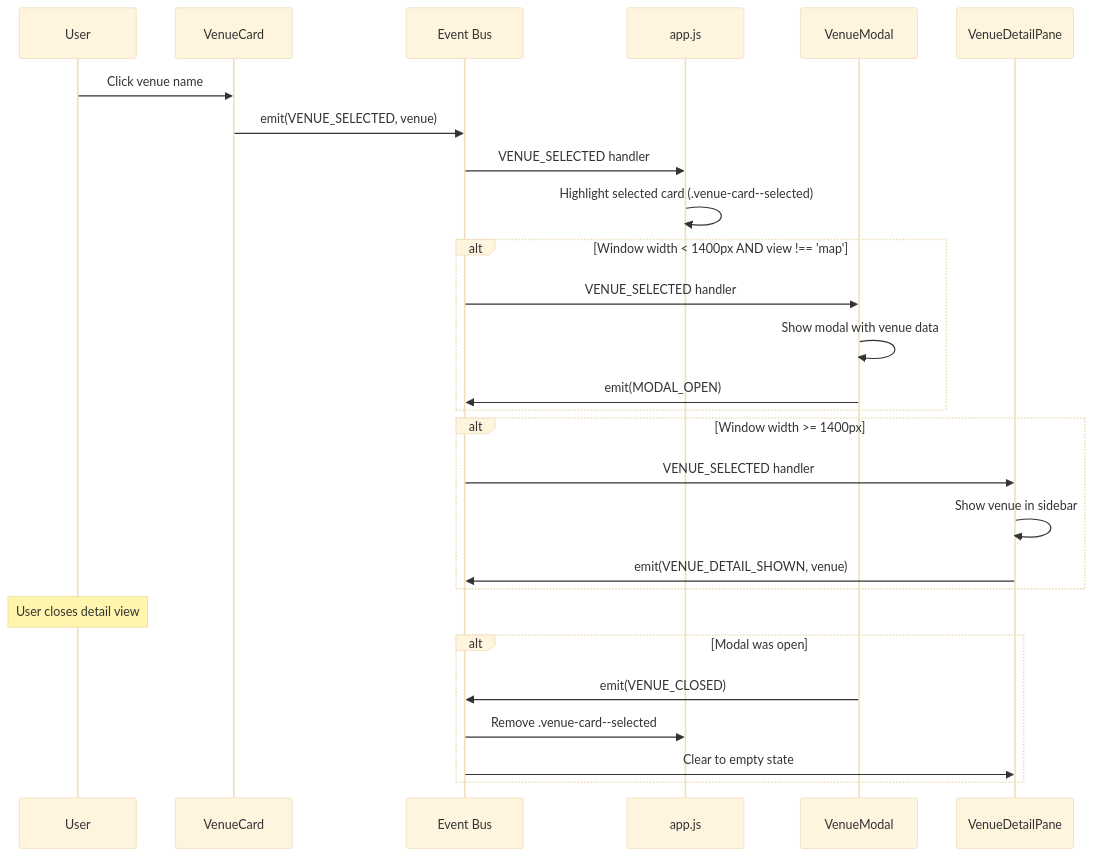
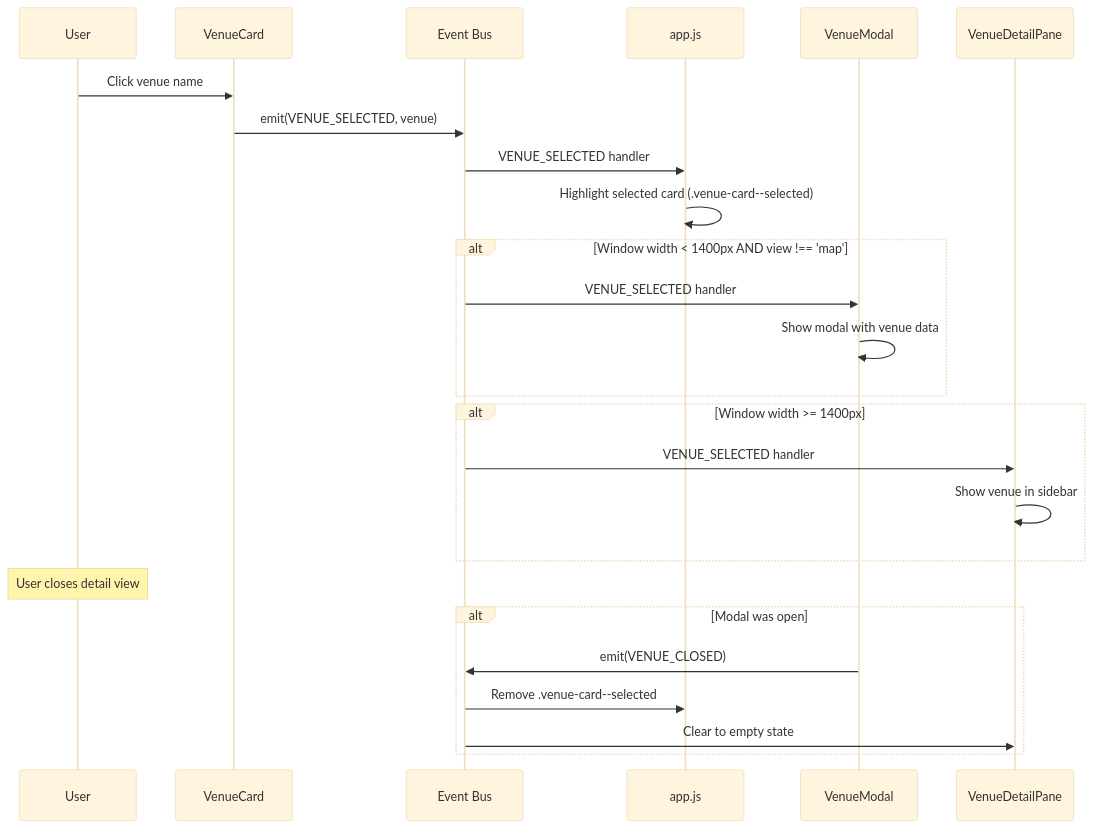
Before and after one commit to Johnesco/karaokedirectory: the fourth of 8 diagrams in docs/architecture.md, drawn with Mermaid (base theme). The commit also changed other lines of this file and 13 other files, not shown here.

````diff
--- a/docs/architecture.md
+++ b/docs/architecture.md
@@ -333,35 +336,33 @@
 ```mermaid
 sequenceDiagram
     participant User
     participant VenueCard
     participant EventBus as Event Bus
     participant app.js
     participant VenueModal
     participant VenueDetailPane
 
     User->>VenueCard: Click venue name
     VenueCard->>EventBus: emit(VENUE_SELECTED, venue)
 
     EventBus->>app.js: VENUE_SELECTED handler
     app.js->>app.js: Highlight selected card (.venue-card--selected)
 
     alt Window width < 1400px AND view !== 'map'
         EventBus->>VenueModal: VENUE_SELECTED handler
         VenueModal->>VenueModal: Show modal with venue data
-        VenueModal->>EventBus: emit(MODAL_OPEN)
     end
 
     alt Window width >= 1400px
         EventBus->>VenueDetailPane: VENUE_SELECTED handler
         VenueDetailPane->>VenueDetailPane: Show venue in sidebar
-        VenueDetailPane->>EventBus: emit(VENUE_DETAIL_SHOWN, venue)
     end
 
     Note over User: User closes detail view
 
     alt Modal was open
         VenueModal->>EventBus: emit(VENUE_CLOSED)
         EventBus->>app.js: Remove .venue-card--selected
         EventBus->>VenueDetailPane: Clear to empty state
     end
 ```
````
